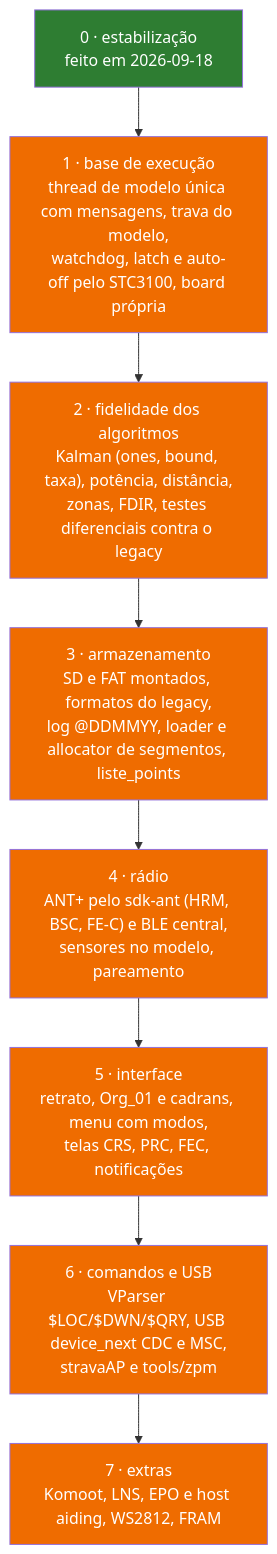
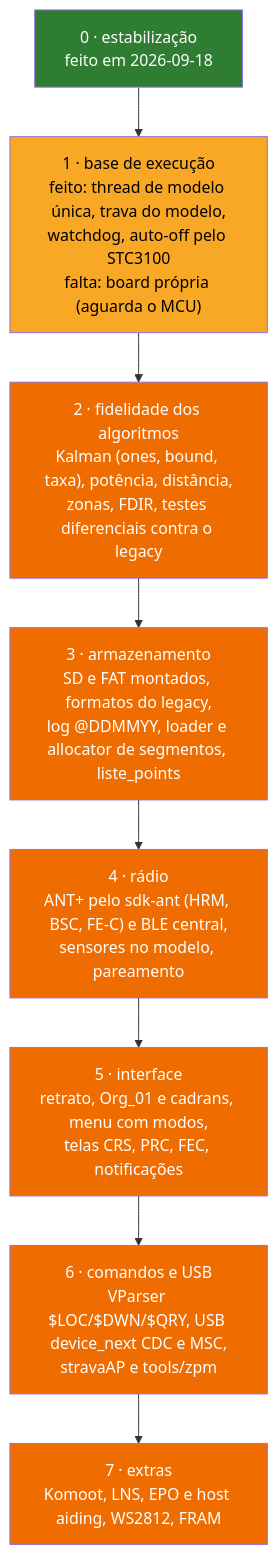
The second of 2 diagrams in docs/10-status-do-port.md (Guiimartinho/gnss-bike-computer), drawn with Mermaid before and after one commit. The commit also changed 2 other files, not shown here.

Commit message:
docs(docs): update the project state after phase 1
Phase 1 of the roadmap is done except the board of its own, which
waits for the choice of the MCU. Say so in the README, in CLAUDE.md
and in the roadmap of the status document, where the phase gets a
"partial" colour.

````diff
--- a/docs/10-status-do-port.md
+++ b/docs/10-status-do-port.md
@@ -98,13 +98,14 @@
 ```mermaid
 flowchart TD
     F0["0 · estabilização<br/>feito em 2026-09-18"]:::done --> F1
-    F1["1 · base de execução<br/>thread de modelo única com mensagens, trava do modelo,<br/>watchdog, latch e auto-off pelo STC3100, board própria"]:::pending --> F2
+    F1["1 · base de execução<br/>feito: thread de modelo única, trava do modelo,<br/>watchdog, auto-off pelo STC3100<br/>falta: board própria (aguarda o MCU)"]:::partial --> F2
     F2["2 · fidelidade dos algoritmos<br/>Kalman (ones, bound, taxa), potência, distância,<br/>zonas, FDIR, testes diferenciais contra o legacy"]:::pending --> F3
     F3["3 · armazenamento<br/>SD e FAT montados, formatos do legacy,<br/>log @DDMMYY, loader e allocator de segmentos, liste_points"]:::pending --> F4
     F4["4 · rádio<br/>ANT+ pelo sdk-ant (HRM, BSC, FE-C) e BLE central,<br/>sensores no modelo, pareamento"]:::pending --> F5
     F5["5 · interface<br/>retrato, Org_01 e cadrans, menu com modos,<br/>telas CRS, PRC, FEC, notificações"]:::pending --> F6
     F6["6 · comandos e USB<br/>VParser $LOC/$DWN/$QRY, USB device_next CDC e MSC,<br/>stravaAP e tools/zpm"]:::pending --> F7
     F7["7 · extras<br/>Komoot, LNS, EPO e host aiding, WS2812, FRAM"]:::pending
     classDef done fill:#2e7d32,color:#ffffff
+    classDef partial fill:#f9a825,color:#000000
     classDef pending fill:#ef6c00,color:#ffffff
 ```
````
